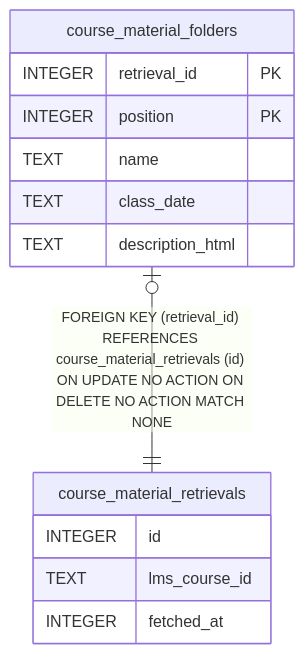
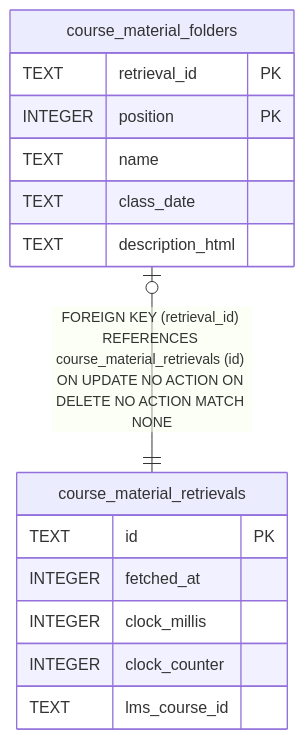
Before and after one commit to futsuuu/ku-potato: the diagram in docs/db/course_material_retrievals.md, drawn with Mermaid. The commit also changed other lines of this file and 50 other files, not shown here.

````diff
--- a/docs/db/course_material_retrievals.md
+++ b/docs/db/course_material_retrievals.md
@@ -43,18 +52,20 @@
 ```mermaid
 erDiagram
 
 "course_material_folders" |o--|| "course_material_retrievals" : "FOREIGN KEY (retrieval_id) REFERENCES course_material_retrievals (id) ON UPDATE NO ACTION ON DELETE NO ACTION MATCH NONE"
 
 "course_material_retrievals" {
-  INTEGER id
+  TEXT id PK
+  INTEGER fetched_at
+  INTEGER clock_millis
+  INTEGER clock_counter
   TEXT lms_course_id
-  INTEGER fetched_at
 }
 "course_material_folders" {
-  INTEGER retrieval_id PK
+  TEXT retrieval_id PK
   INTEGER position PK
   TEXT name
   TEXT class_date
   TEXT description_html
 }
 ```
````
